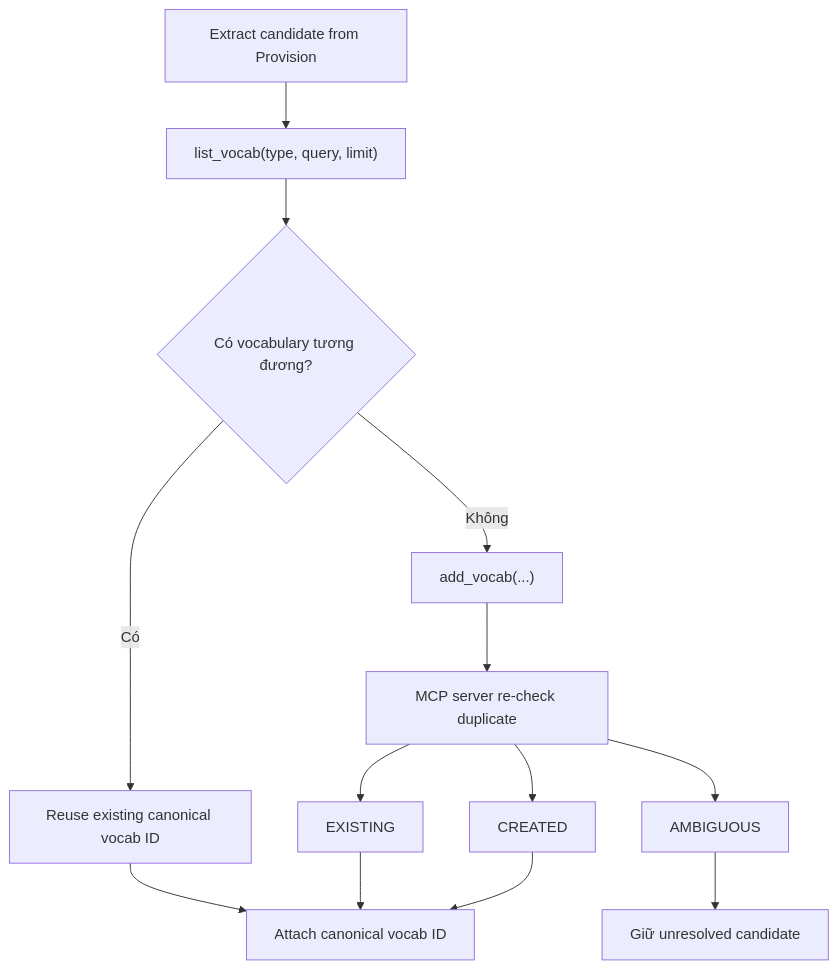
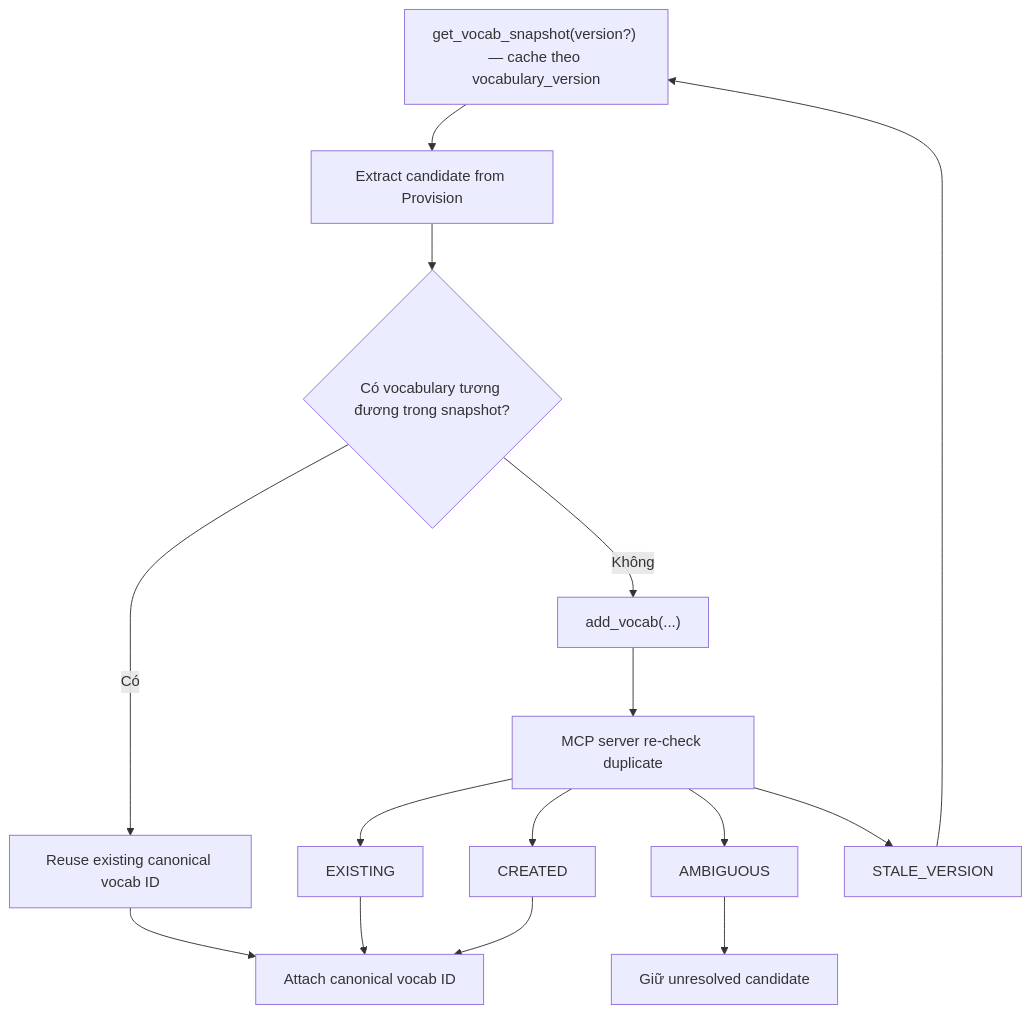
Before and after one commit to NamPE286/INT3011E_6: diagram 13 of 44 in docs/srs.md, drawn with Mermaid. The commit also changed other lines of this file and 1 other file, not shown here.

````diff
--- a/docs/srs.md
+++ b/docs/srs.md
@@ -867,15 +871,17 @@
 ```mermaid
 flowchart TB
-    Extract["Extract candidate from Provision"] --> List["list_vocab(type, query, limit)"]
-    List --> Match{"Có vocabulary tương đương?"}
+    Snapshot["get_vocab_snapshot(version?) — cache theo vocabulary_version"] --> Extract["Extract candidate from Provision"]
+    Extract --> Match{"Có vocabulary tương đương trong snapshot?"}
     Match -->|"Có"| Reuse["Reuse existing canonical vocab ID"]
     Match -->|"Không"| Add["add_vocab(...)"]
     Add --> Dedup["MCP server re-check duplicate"]
     Dedup --> Existing["EXISTING"]
     Dedup --> Created["CREATED"]
     Dedup --> Ambiguous["AMBIGUOUS"]
+    Dedup --> Stale["STALE_VERSION"]
+    Stale --> Snapshot
     Existing --> Attach["Attach canonical vocab ID"]
     Created --> Attach
     Reuse --> Attach
     Ambiguous --> Unresolved["Giữ unresolved candidate"]
 ```
````
